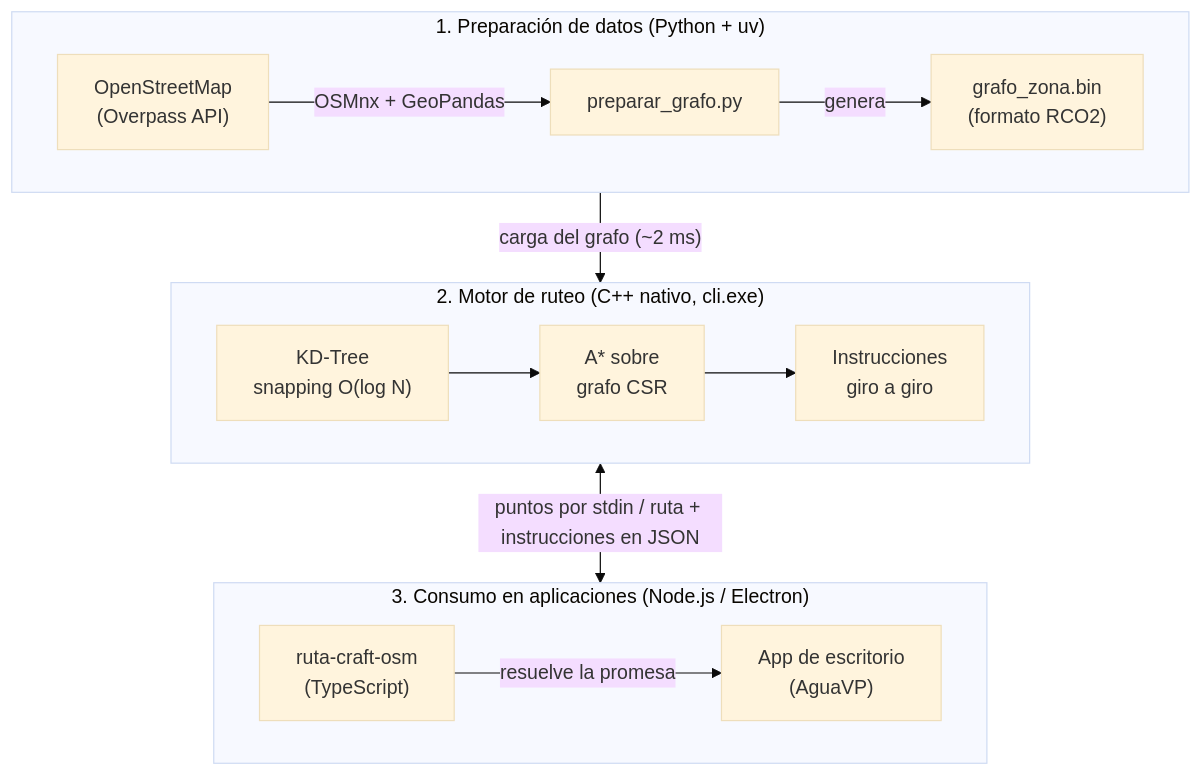
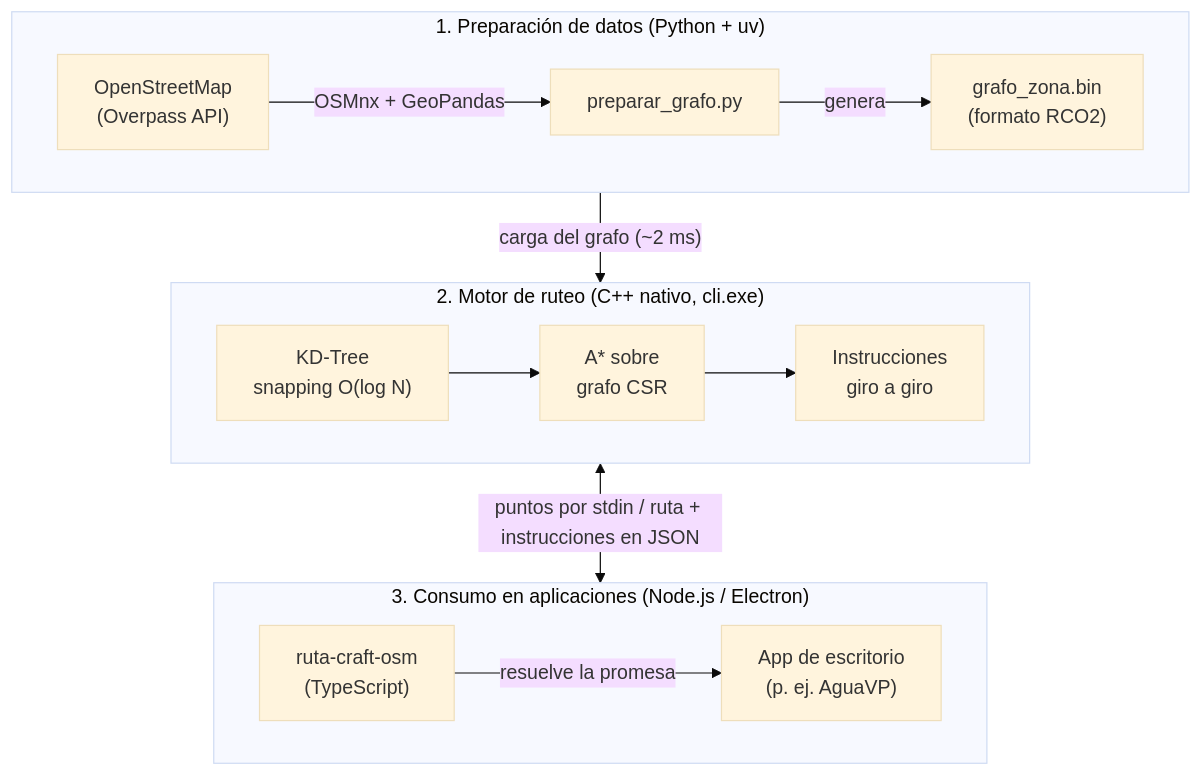
Before and after one commit to Mahynlo/RutaCraftOSM: the diagram in docs/1_ARQUITECTURA_Y_MIGRACION.md, drawn with Mermaid (base theme). The commit also changed other lines of this file and 8 other files, not shown here.

````diff
--- a/docs/1_ARQUITECTURA_Y_MIGRACION.md
+++ b/docs/1_ARQUITECTURA_Y_MIGRACION.md
@@ -7,21 +65,21 @@
 ```mermaid
 flowchart TB
     subgraph Capa_Preparacion ["1. Preparación de datos (Python + uv)"]
         direction LR
         OSM["OpenStreetMap<br/>(Overpass API)"] -->|OSMnx + GeoPandas| PREP["preparar_grafo.py"]
         PREP -->|genera| BIN["grafo_zona.bin<br/>(formato RCO2)"]
     end
 
     subgraph Capa_Motor ["2. Motor de ruteo (C++ nativo, cli.exe)"]
         direction LR
         KDTREE["KD-Tree<br/>snapping O(log N)"] --> ASTAR["A* sobre<br/>grafo CSR"] --> INST["Instrucciones<br/>giro a giro"]
     end
 
     subgraph Capa_Consumo ["3. Consumo en aplicaciones (Node.js / Electron)"]
         direction LR
-        WRAPPER["ruta-craft-osm<br/>(TypeScript)"] -->|resuelve la promesa| APP["App de escritorio<br/>(AguaVP)"]
+        WRAPPER["ruta-craft-osm<br/>(TypeScript)"] -->|resuelve la promesa| APP["App de escritorio<br/>(p. ej. AguaVP)"]
     end
 
     Capa_Preparacion -->|"carga del grafo (~2 ms)"| Capa_Motor
     Capa_Motor <-->|"puntos por stdin / ruta + instrucciones en JSON"| Capa_Consumo
 ```
````
